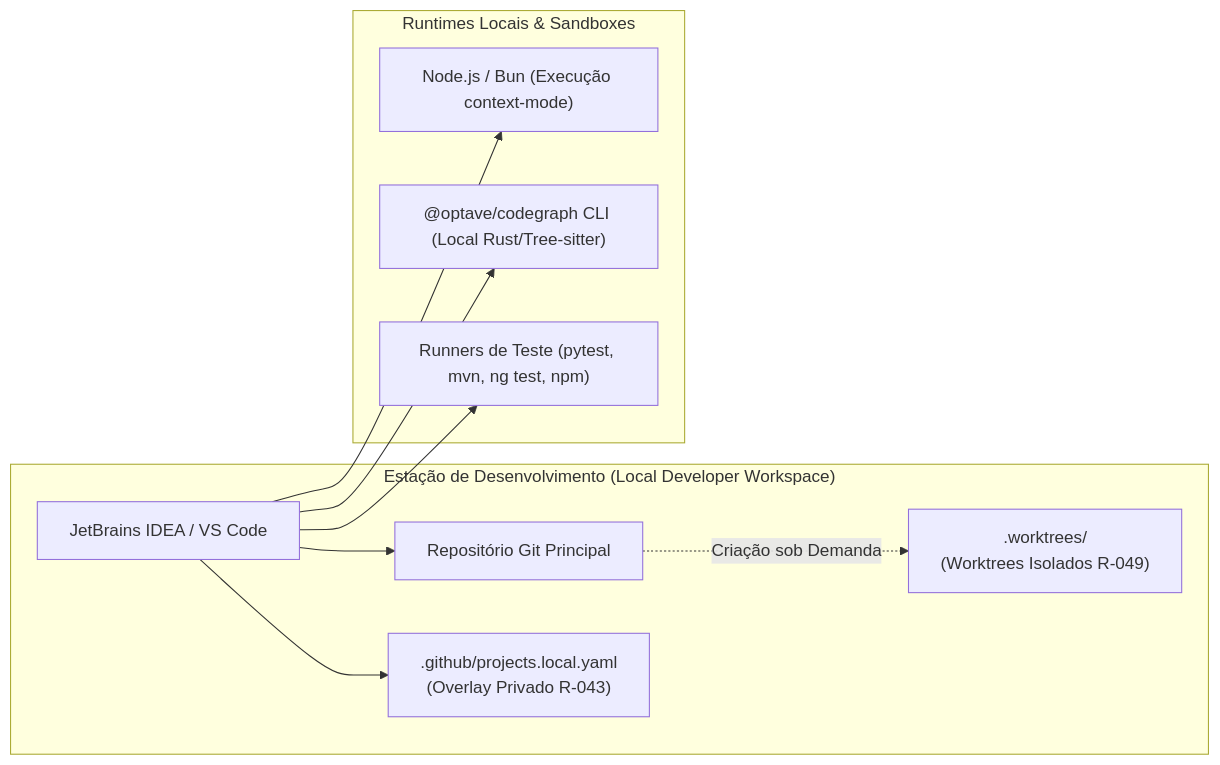
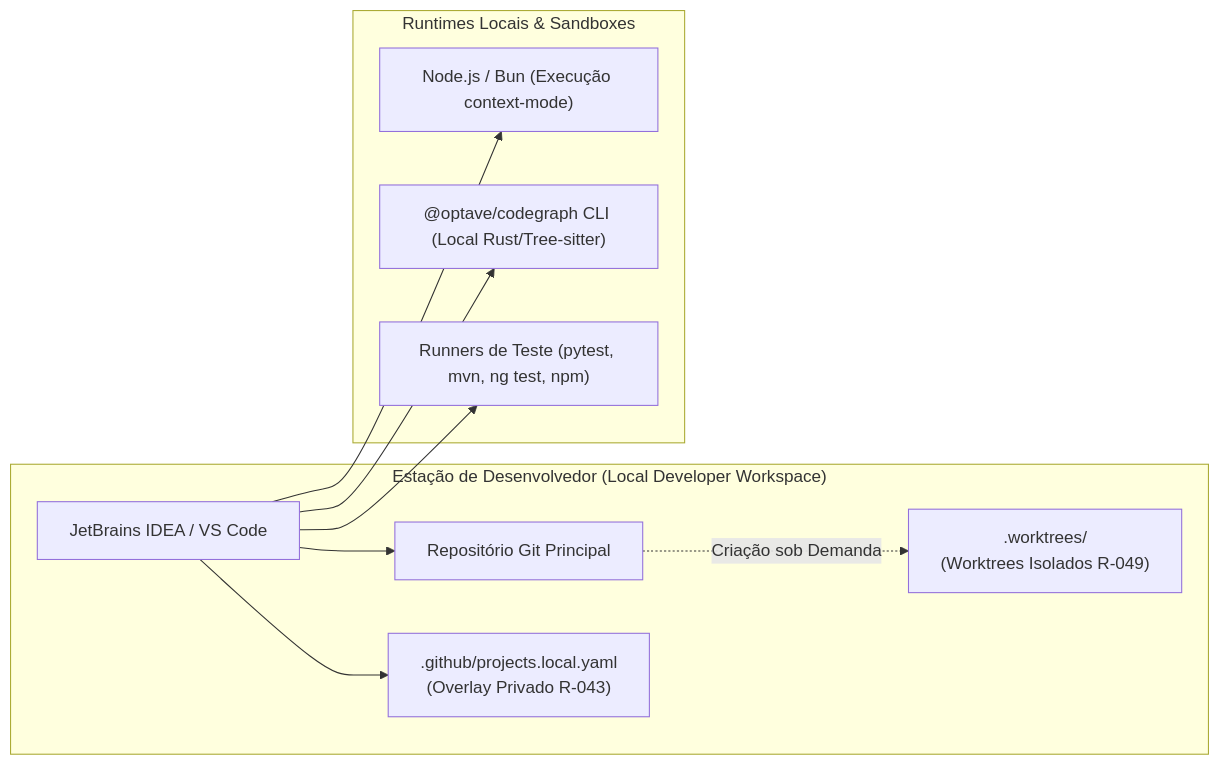
One commit to jezreel8858/deep-agents-copilot changed the fourth of 5 diagrams in docs/architecture/ARCHITECTURE_AND_GOVERNANCE_GUIDE.md. Above: the diagram before and after it, drawn with Mermaid. The commit also changed other lines of this file and 9 other files, not shown here.

````diff
--- a/docs/architecture/ARCHITECTURE_AND_GOVERNANCE_GUIDE.md
+++ b/docs/architecture/ARCHITECTURE_AND_GOVERNANCE_GUIDE.md
@@ -218,22 +231,22 @@
 ```mermaid
 flowchart LR
-    subgraph LocalMachine["Estação de Desenvolvimento (Local Developer Workspace)"]
+    subgraph LocalMachine["Estação de Desenvolvedor (Local Developer Workspace)"]
         IDE["JetBrains IDEA / VS Code"]
         GitRepo["Repositório Git Principal"]
         Worktrees[".worktrees/<task-id>\n(Worktrees Isolados R-049)"]
         LocalOverlay[".github/projects.local.yaml\n(Overlay Privado R-043)"]
     end
 
     subgraph Runtimes["Runtimes Locais & Sandboxes"]
         BunNode["Node.js / Bun (Execução context-mode)"]
         Optave["@optave/codegraph CLI (Local Rust/Tree-sitter)"]
         TestRunners["Runners de Teste (pytest, mvn, ng test, npm)"]
     end
 
     IDE --> GitRepo
     GitRepo -.->|Criação sob Demanda| Worktrees
     IDE --> LocalOverlay
     IDE --> BunNode
     IDE --> Optave
     IDE --> TestRunners
 ```
````
